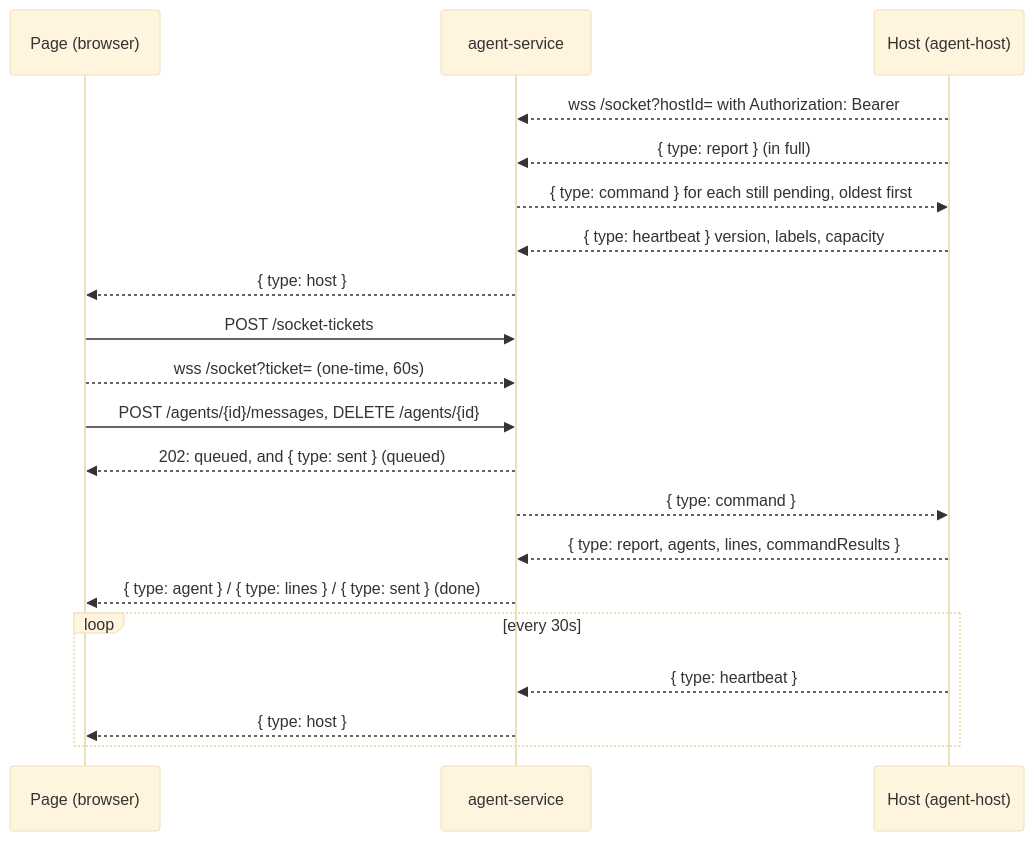
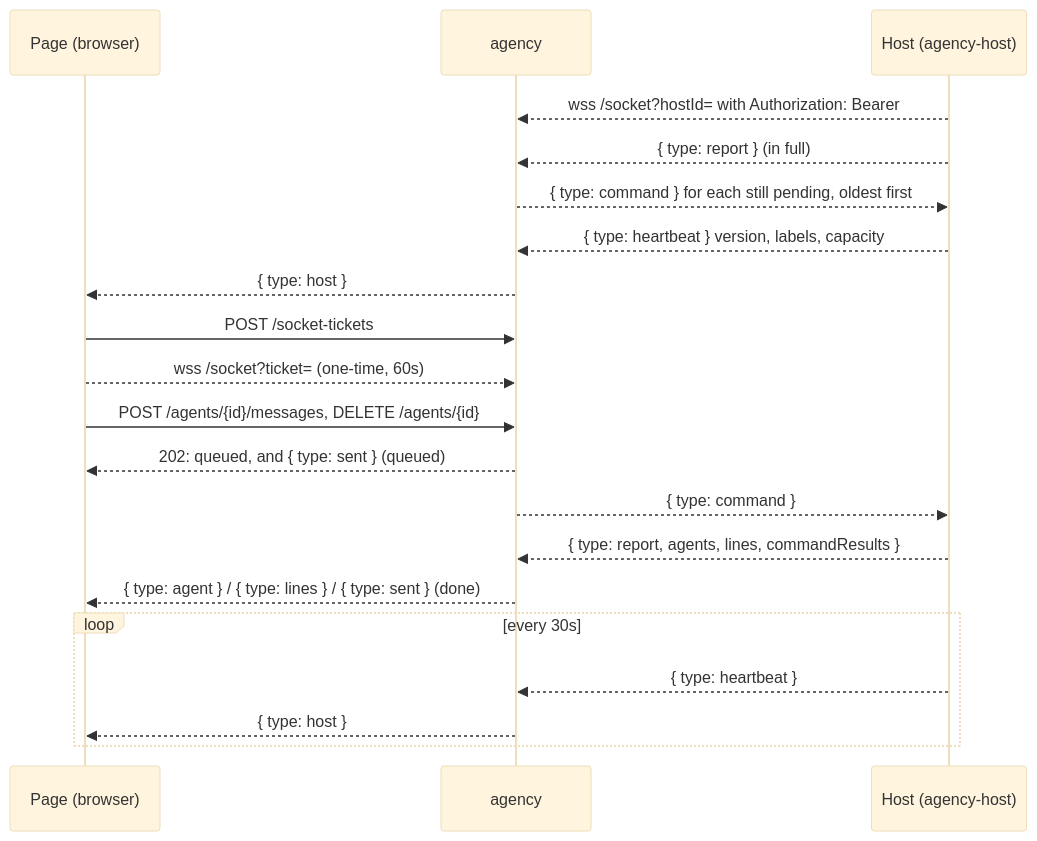
The diagram in README.md (dakotacolorado/agency), drawn with Mermaid (base theme) before and after one commit. The commit also changed other lines of this file and 46 other files, not shown here.

First line of the commit message:
Rename agent-service to agency: name, banner, Bureau mark, Brass palette

````diff
--- a/README.md
+++ b/README.md
@@ -78,26 +113,26 @@
 ```mermaid
 sequenceDiagram
     participant P as Page (browser)
-    participant S as agent-service
-    participant H as Host (agent-host)
+    participant S as agency
+    participant H as Host (agency-host)
 
     H-->>S: wss /socket?hostId= with Authorization: Bearer
     H-->>S: { type: report } (in full)
     S-->>H: { type: command } for each still pending, oldest first
     H-->>S: { type: heartbeat } version, labels, capacity
     S-->>P: { type: host }
 
     P->>S: POST /socket-tickets
     P-->>S: wss /socket?ticket= (one-time, 60s)
 
     P->>S: POST /agents/{id}/messages, DELETE /agents/{id}
     S-->>P: 202: queued, and { type: sent } (queued)
     S-->>H: { type: command }
     H-->>S: { type: report, agents, lines, commandResults }
     S-->>P: { type: agent } / { type: lines } / { type: sent } (done)
 
     loop every 30s
         H-->>S: { type: heartbeat }
         S-->>P: { type: host }
     end
 ```
````
